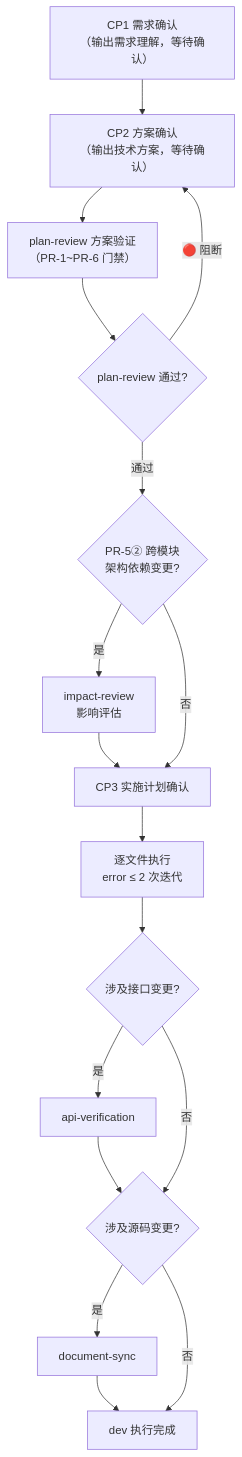
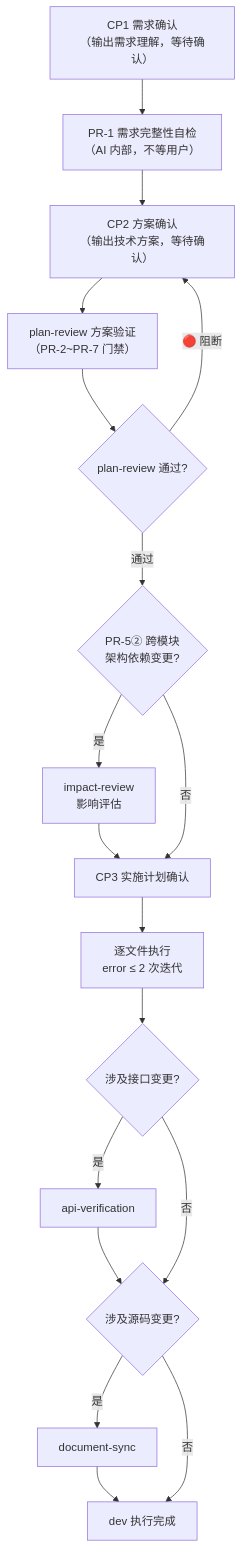
The second of 4 diagrams in website/docs/specs/workflow-execution-flow.md (devcodex-labs/devcodex), drawn with Mermaid before and after one commit. The commit also changed 37 other files, not shown here.

````diff
--- a/website/docs/specs/workflow-execution-flow.md
+++ b/website/docs/specs/workflow-execution-flow.md
@@ -40,27 +40,28 @@
 ```mermaid
 flowchart TD
     CP1["CP1 需求确认\n（输出需求理解，等待确认）"]
+    PR1["PR-1 需求完整性自检\n（AI 内部，不等用户）"]
     CP2["CP2 方案确认\n（输出技术方案，等待确认）"]
-    PR["plan-review 方案验证\n（PR-1~PR-6 门禁）"]
+    PR["plan-review 方案验证\n（PR-2~PR-7 门禁）"]
     PR_OK{"plan-review 通过?"}
     IR{"PR-5② 跨模块\n架构依赖变更?"}
     IMPACT["impact-review\n影响评估"]
     CP3["CP3 实施计划确认"]
     EXEC["逐文件执行\nerror ≤ 2 次迭代"]
     POST_API{"涉及接口变更?"}
     API_V["api-verification"]
     POST_DOC{"涉及源码变更?"}
     DOC_S["document-sync"]
     DONE["dev 执行完成"]
 
-    CP1 --> CP2 --> PR --> PR_OK
+    CP1 --> PR1 --> CP2 --> PR --> PR_OK
     PR_OK -->|"🔴 阻断"| CP2
     PR_OK -->|"通过"| IR
     IR -->|"是"| IMPACT --> CP3
     IR -->|"否"| CP3
     CP3 --> EXEC --> POST_API
     POST_API -->|"是"| API_V --> POST_DOC
     POST_API -->|"否"| POST_DOC
     POST_DOC -->|"是"| DOC_S --> DONE
     POST_DOC -->|"否"| DONE
 ```
````
